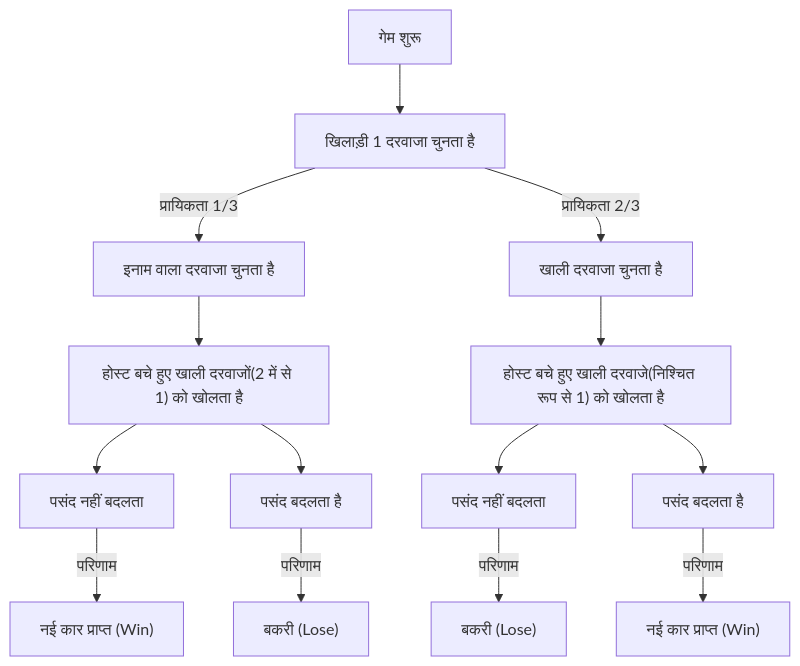
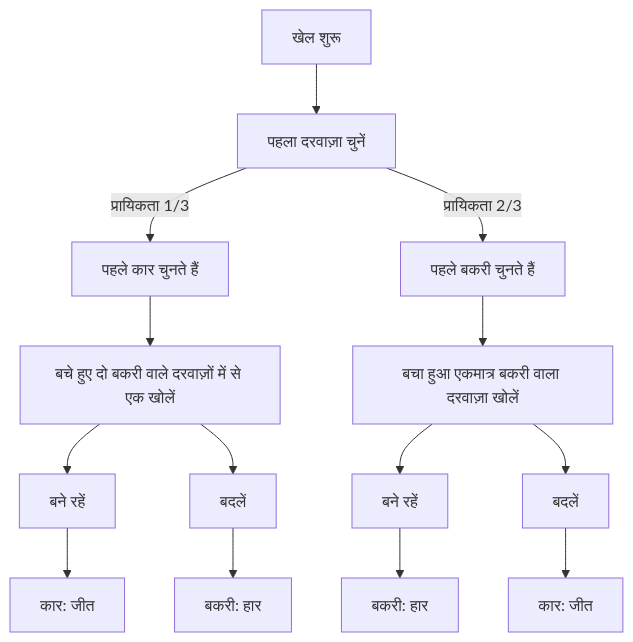
One commit to kenjinote/blog changed the first of 2 diagrams in content/post/paradox-monty-hall-problem/index.hi.md. Above: the diagram before and after it, drawn with Mermaid. The commit also changed other lines of this file and 9 other files, not shown here.

````diff
--- a/content/post/paradox-monty-hall-problem/index.hi.md
+++ b/content/post/paradox-monty-hall-problem/index.hi.md
@@ -97,21 +53,16 @@
 ```mermaid
 flowchart TD
-    Start["गेम शुरू"] --> Choose["खिलाड़ी 1 दरवाजा चुनता है"]
-    Choose -- "प्रायिकता 1/3" --> ChooseCar["इनाम वाला दरवाजा चुनता है"]
-    Choose -- "प्रायिकता 2/3" --> ChooseGoat["खाली दरवाजा चुनता है"]
-    
-    ChooseCar --> MontyOpensGoat1["होस्ट बचे हुए खाली दरवाजों(2 में से 1) को खोलता है"]
-    ChooseGoat --> MontyOpensGoat2["होस्ट बचे हुए खाली दरवाजे(निश्चित रूप से 1) को खोलता है"]
-    
-    MontyOpensGoat1 --> Stay1["पसंद नहीं बदलता"]
-    MontyOpensGoat1 --> Switch1["पसंद बदलता है"]
-    
-    MontyOpensGoat2 --> Stay2["पसंद नहीं बदलता"]
-    MontyOpensGoat2 --> Switch2["पसंद बदलता है"]
-    
-    Stay1 -- "परिणाम" --> Win1["नई कार प्राप्त (Win)"]
-    Switch1 -- "परिणाम" --> Lose1["बकरी (Lose)"]
-    
-    Stay2 -- "परिणाम" --> Lose2["बकरी (Lose)"]
-    Switch2 -- "परिणाम" --> Win2["नई कार प्राप्त (Win)"]
+    Start["खेल शुरू"] --> Choose["पहला दरवाज़ा चुनें"]
+    Choose -- "प्रायिकता 1/3" --> ChooseCar["पहले कार चुनते हैं"]
+    Choose -- "प्रायिकता 2/3" --> ChooseGoat["पहले बकरी चुनते हैं"]
+    ChooseCar --> MontyOpensGoat1["बचे हुए दो बकरी वाले दरवाज़ों में से एक खोलें"]
+    ChooseGoat --> MontyOpensGoat2["बचा हुआ एकमात्र बकरी वाला दरवाज़ा खोलें"]
+    MontyOpensGoat1 --> Stay1["बने रहें"]
+    MontyOpensGoat1 --> Switch1["बदलें"]
+    MontyOpensGoat2 --> Stay2["बने रहें"]
+    MontyOpensGoat2 --> Switch2["बदलें"]
+    Stay1 --> Win1["कार: जीत"]
+    Switch1 --> Lose1["बकरी: हार"]
+    Stay2 --> Lose2["बकरी: हार"]
+    Switch2 --> Win2["कार: जीत"]
 ```
````
